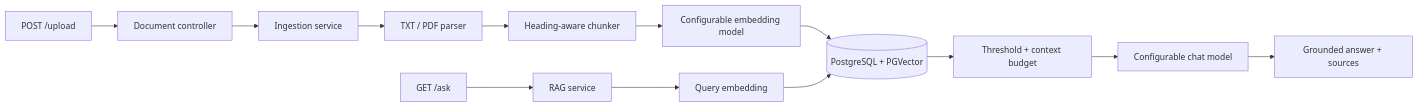
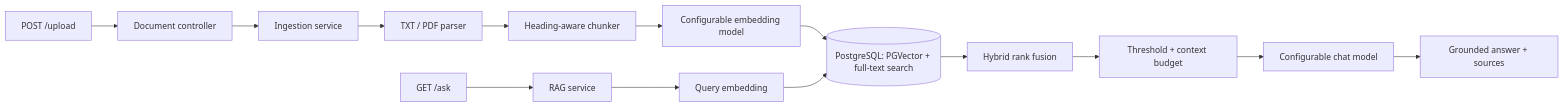
The diagram in README.md (aniitav/seeburger), drawn with Mermaid before and after one commit. The commit also changed other lines of this file and 19 other files, not shown here.

````diff
--- a/README.md
+++ b/README.md
@@ -9,16 +9,17 @@
 ```mermaid
 flowchart LR
     U["POST /upload"] --> C["Document controller"]
     C --> I["Ingestion service"]
     I --> P["TXT / PDF parser"]
     P --> K["Heading-aware chunker"]
     K --> E["Configurable embedding model"]
-    E --> V[("PostgreSQL + PGVector")]
+    E --> V[("PostgreSQL: PGVector + full-text search")]
 
     Q["GET /ask"] --> R["RAG service"]
     R --> EQ["Query embedding"]
     EQ --> V
-    V --> B["Threshold + context budget"]
+    V --> H["Hybrid rank fusion"]
+    H --> B["Threshold + context budget"]
     B --> L["Configurable chat model"]
     L --> A["Grounded answer + sources"]
 ```
````
